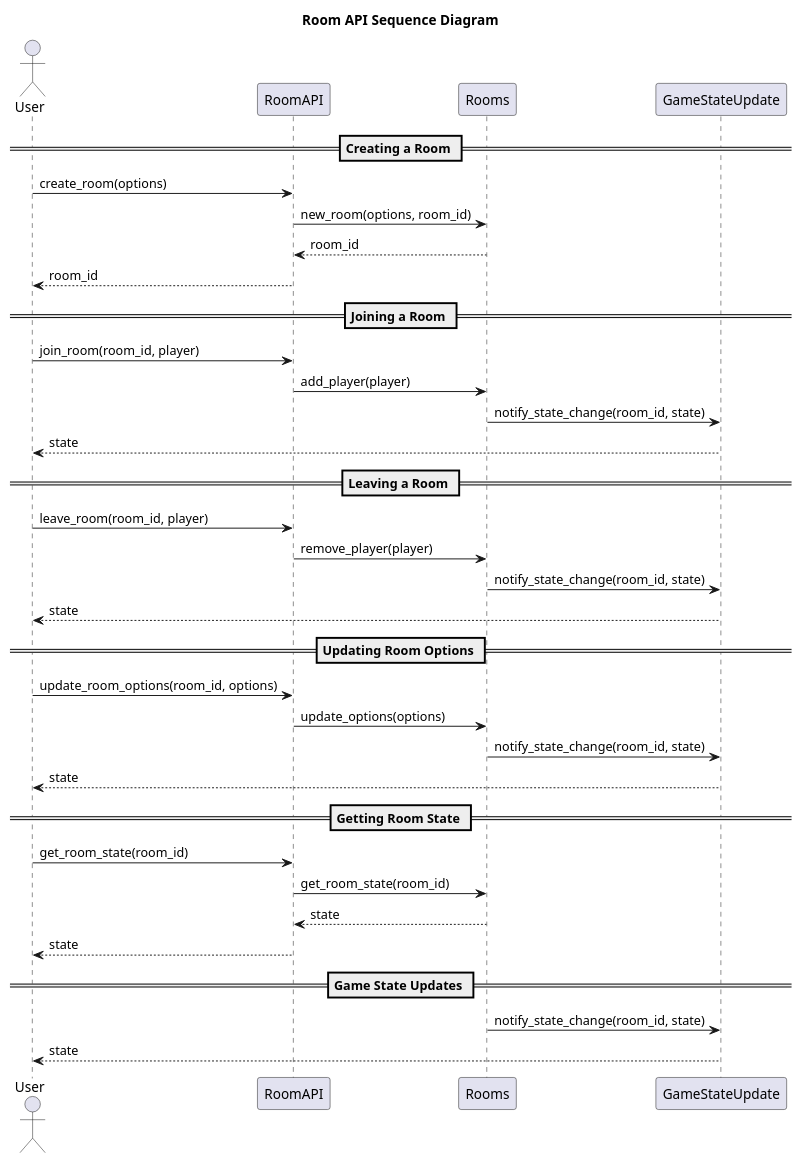
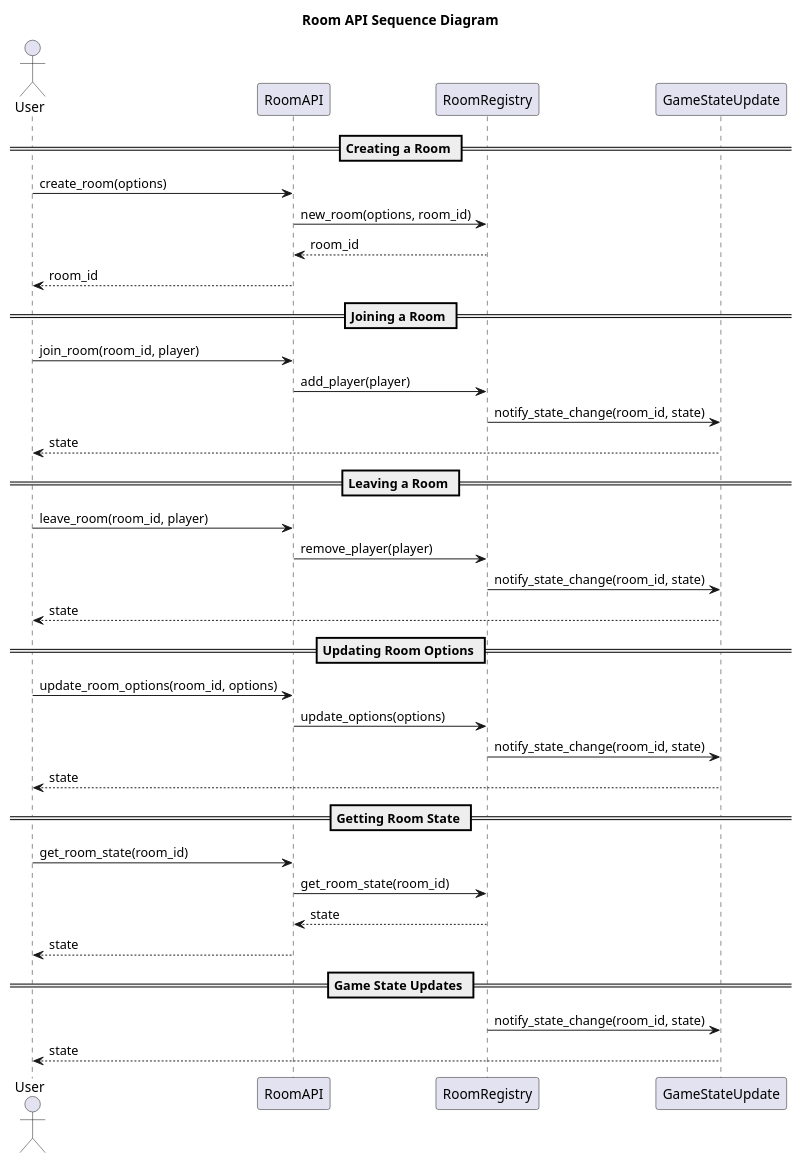
The diagram in doc/api-sequence-diagram.puml (HampusSiik/minesweeper-with-friends), drawn with PlantUML before and after one commit.

Commit message:
Update API sequence diagram: rename participant from Rooms to RoomRegistry

```diff
--- a/doc/api-sequence-diagram.puml
+++ b/doc/api-sequence-diagram.puml
@@ -1,44 +1,44 @@
 @startuml api-sequence
 
 title Room API Sequence Diagram
 
 actor User
 participant "RoomAPI" as API
-participant "Rooms" as Room
+participant "RoomRegistry" as Room
 participant "GameStateUpdate" as Update
 
 == Creating a Room ==
 User -> API: create_room(options)
 API -> Room: new_room(options, room_id)
 Room --> API: room_id
 API --> User: room_id
 
 == Joining a Room ==
 User -> API: join_room(room_id, player)
 API -> Room: add_player(player)
 Room -> Update: notify_state_change(room_id, state)
 Update --> User: state
 
 == Leaving a Room ==
 User -> API: leave_room(room_id, player)
 API -> Room: remove_player(player)
 Room -> Update: notify_state_change(room_id, state)
 Update --> User: state
 
 == Updating Room Options ==
 User -> API: update_room_options(room_id, options)
 API -> Room: update_options(options)
 Room -> Update: notify_state_change(room_id, state)
 Update --> User: state
 
 == Getting Room State ==
 User -> API: get_room_state(room_id)
 API -> Room: get_room_state(room_id)
 Room --> API: state
 API --> User: state
 
 == Game State Updates ==
 Room -> Update: notify_state_change(room_id, state)
 Update --> User: state
 
 @enduml
```
